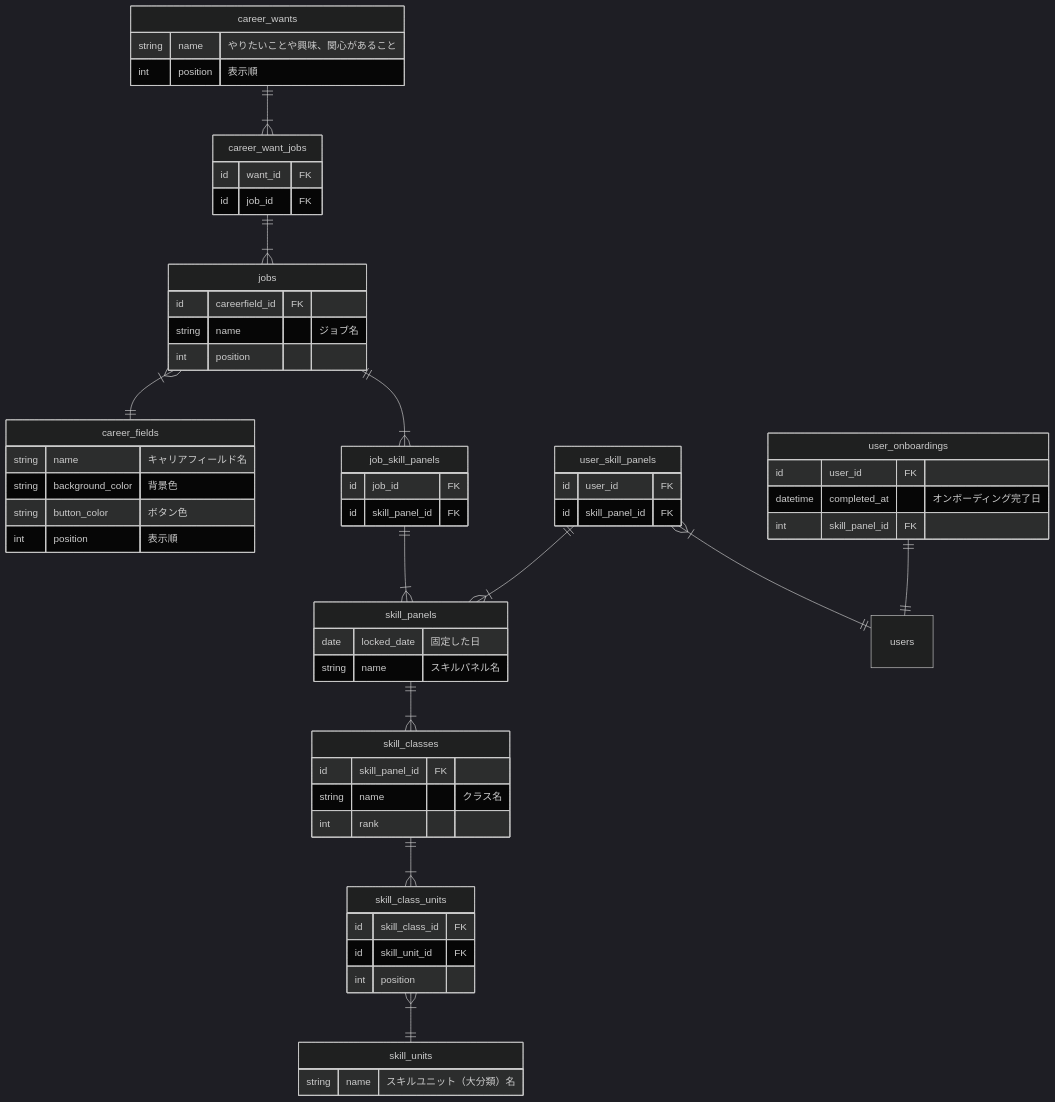
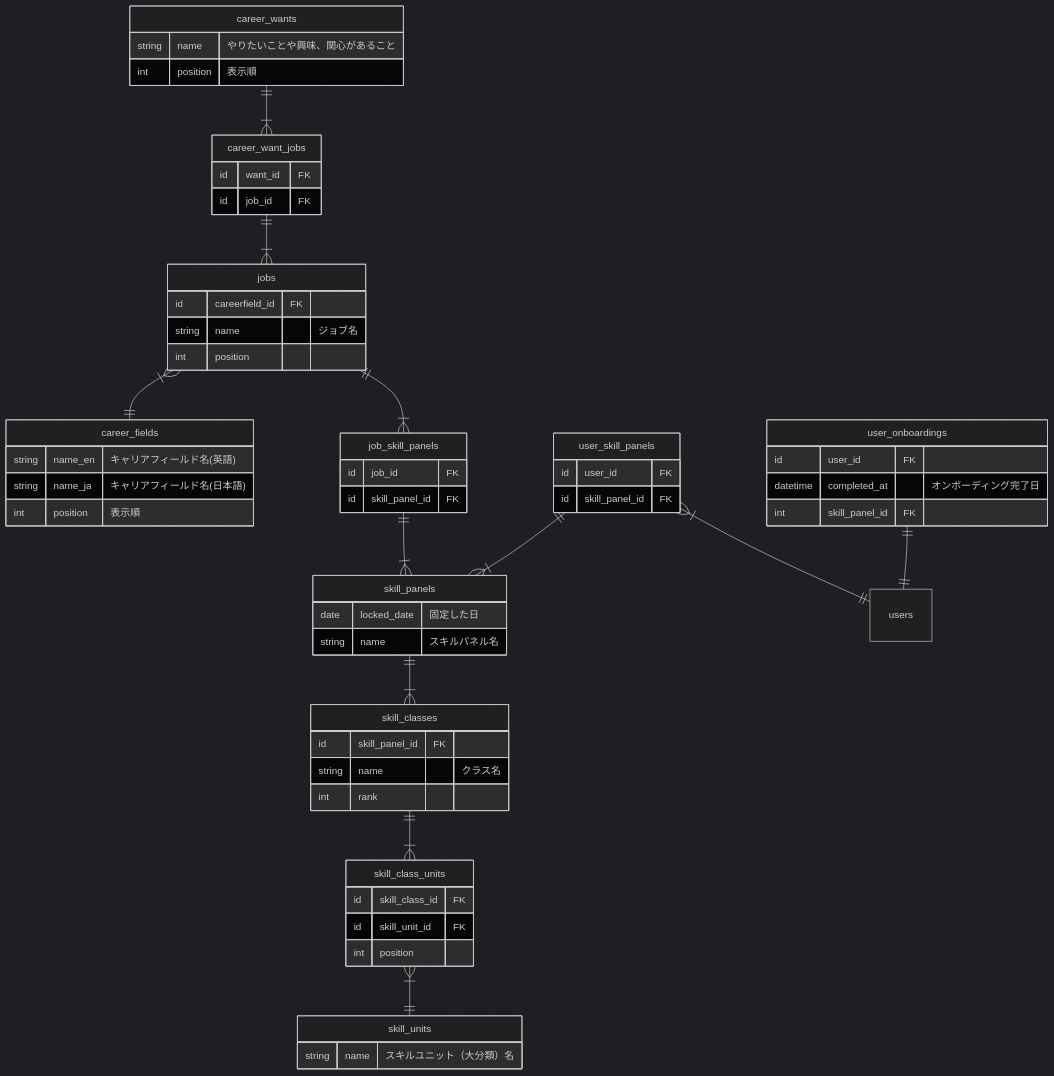
The diagram in docs/conceptual_schemas/onbordings.md (bright-org/bright), drawn with Mermaid (dark theme) before and after one commit.

Commit message:
オンボーディングに関わるテーブル定義案の更新

````diff
--- a/docs/conceptual_schemas/onbordings.md
+++ b/docs/conceptual_schemas/onbordings.md
@@ -22,75 +22,74 @@
 ```mermaid
 erDiagram
   career_wants ||--|{ career_want_jobs : ""
   career_want_jobs ||--|{ jobs : ""
   jobs }|--|| career_fields : ""
   jobs ||--|{ job_skill_panels : ""
   job_skill_panels ||--|{ skill_panels : ""
   user_skill_panels ||--|{ skill_panels : ""
   user_skill_panels }|--|| users : ""
   user_onboardings ||--|| users : ""
   skill_panels ||--|{ skill_classes : ""
   skill_classes ||--|{ skill_class_units : ""
   skill_class_units }|--|| skill_units : ""
 
   user_onboardings {
     id user_id FK
     datetime completed_at "オンボーディング完了日"
     int skill_panel_id FK
   }
 
   career_wants {
     string name "やりたいことや興味、関心があること"
     int position "表示順"
   }
 
   career_want_jobs {
     id want_id FK
     id job_id FK
   }
 
   career_fields {
-    string name "キャリアフィールド名"
-    string background_color "背景色"
-    string button_color "ボタン色"
+    string name_en "キャリアフィールド名(英語)"
+    string name_ja "キャリアフィールド名(日本語)"
     int position "表示順"
   }
 
   jobs {
     id careerfield_id FK
     string name "ジョブ名"
     int position
   }
 
   job_skill_panels {
     id job_id FK
     id skill_panel_id FK
   }
 
   skill_panels {
     date locked_date "固定した日"
     string name "スキルパネル名"
   }
 
   user_skill_panels {
     id user_id FK
     id skill_panel_id FK
   }
 
   skill_classes {
     id skill_panel_id FK
     string name "クラス名"
     int rank
   }
 
   skill_class_units {
     id skill_class_id FK
     id skill_unit_id FK
     int position
   }
 
   skill_units {
     string name "スキルユニット（大分類）名"
   }
 
 ```
````
